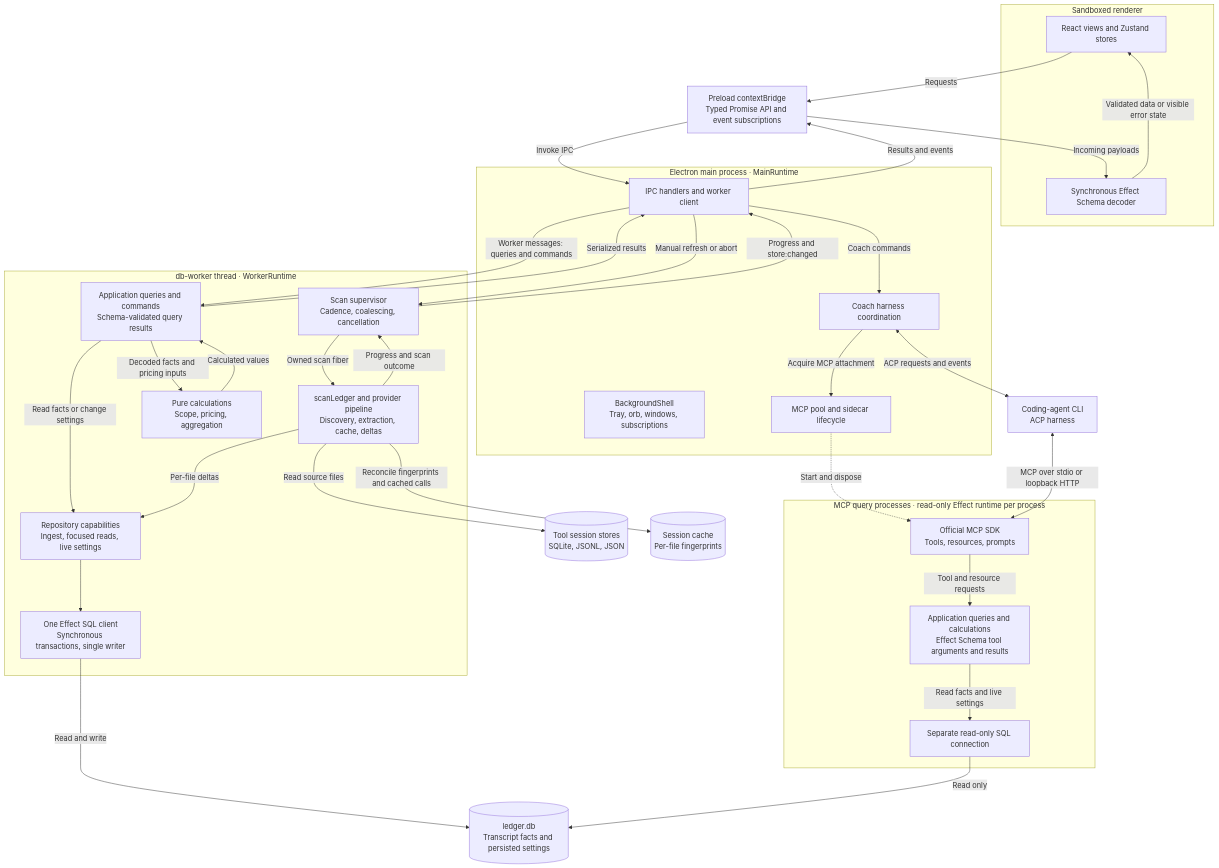
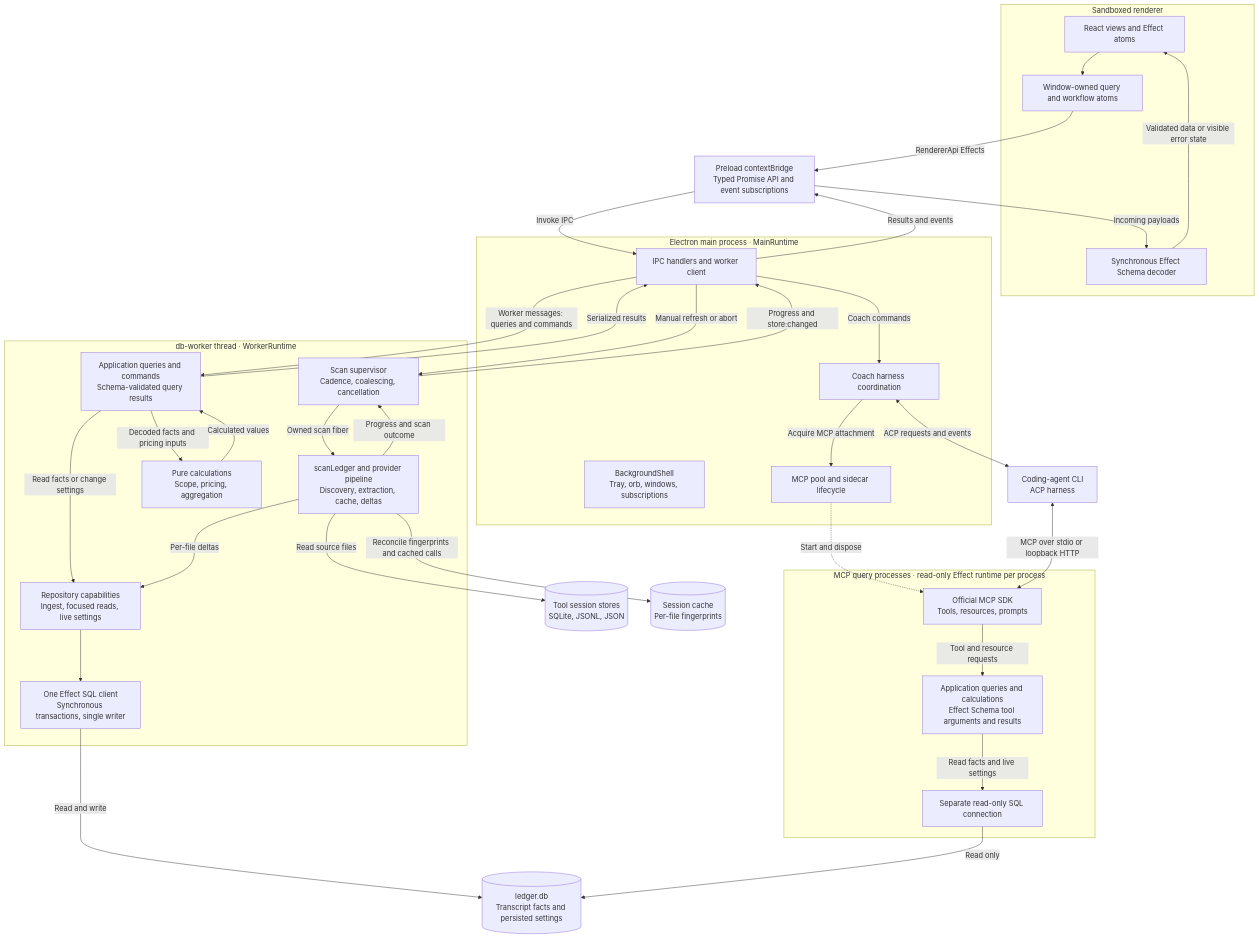
One commit to Pasquale-Favella/watchtower changed the diagram in docs/architecture.md. Above: the diagram before and after it, drawn with Mermaid. The commit also changed other lines of this file and 114 other files, not shown here.

Commit message:
feat(renderer): complete scoped workflows and remove Zustand

````diff
--- a/docs/architecture.md
+++ b/docs/architecture.md
@@ -15,67 +16,69 @@
 ```mermaid
 flowchart TB
     subgraph renderer["Sandboxed renderer"]
-        ui["React views and Zustand stores"]
+        ui["React views and Effect atoms"]
+        workflows["Window-owned query and workflow atoms"]
         decoder["Synchronous Effect Schema decoder"]
-        ui ~~~ decoder
+        ui --> workflows
+        workflows ~~~ decoder
     end
 
     preload["Preload contextBridge<br/>Typed Promise API and event subscriptions"]
 
     subgraph main["Electron main process · MainRuntime"]
         ipc["IPC handlers and worker client"]
         shell["BackgroundShell<br/>Tray, orb, windows, subscriptions"]
         coach["Coach harness coordination"]
         pool["MCP pool and sidecar lifecycle"]
     end
 
     subgraph worker["db-worker thread · WorkerRuntime"]
         supervisor["Scan supervisor<br/>Cadence, coalescing, cancellation"]
         scan["scanLedger and provider pipeline<br/>Discovery, extraction, cache, deltas"]
         queries["Application queries and commands<br/>Schema-validated query results"]
         calculations["Pure calculations<br/>Scope, pricing, aggregation"]
         repository["Repository capabilities<br/>Ingest, focused reads, live settings"]
         sql["One Effect SQL client<br/>Synchronous transactions, single writer"]
     end
 
     subgraph mcp["MCP query processes · read-only Effect runtime per process"]
         sdk["Official MCP SDK<br/>Tools, resources, prompts"]
         mcpQueries["Application queries and calculations<br/>Effect Schema tool arguments and results"]
         mcpSql["Separate read-only SQL connection"]
     end
 
     harness["Coding-agent CLI<br/>ACP harness"]
     sources[("Tool session stores<br/>SQLite, JSONL, JSON")]
     cache[("Session cache<br/>Per-file fingerprints")]
     ledger[("ledger.db<br/>Transcript facts and persisted settings")]
 
-    ui -->|"Requests"| preload
+    workflows -->|"RendererApi Effects"| preload
     preload -->|"Invoke IPC"| ipc
     ipc -->|"Results and events"| preload
     preload -->|"Incoming payloads"| decoder
     decoder -->|"Validated data or visible error state"| ui
 
     ipc -->|"Worker messages: queries and commands"| queries
     queries -->|"Read facts or change settings"| repository
     queries -->|"Decoded facts and pricing inputs"| calculations
     calculations -->|"Calculated values"| queries
     queries -->|"Serialized results"| ipc
     ipc -->|"Manual refresh or abort"| supervisor
     supervisor -->|"Owned scan fiber"| scan
     scan -->|"Read source files"| sources
     scan -->|"Reconcile fingerprints and cached calls"| cache
     scan -->|"Per-file deltas"| repository
     repository --> sql
     sql -->|"Read and write"| ledger
     scan -->|"Progress and scan outcome"| supervisor
     supervisor -->|"Progress and store:changed"| ipc
 
     ipc -->|"Coach commands"| coach
     coach <-->|"ACP requests and events"| harness
     pool -.->|"Start and dispose"| sdk
     coach -->|"Acquire MCP attachment"| pool
     harness <-->|"MCP over stdio or loopback HTTP"| sdk
     sdk -->|"Tool and resource requests"| mcpQueries
     mcpQueries -->|"Read facts and live settings"| mcpSql
     mcpSql -->|"Read only"| ledger
 ```
````
